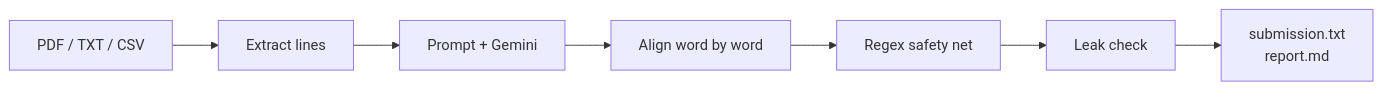
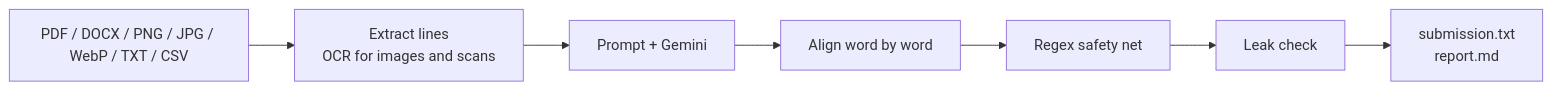
One commit to Pedrom2002/nos-gen-ai-hackathon changed the diagram in submission/PROJECT.md. Above: the diagram before and after it, drawn with Mermaid. The commit also changed other lines of this file and 11 other files, not shown here.

First line of the commit message:
feat: redacted file despite unread OCR lines; WebP and formats listed everywhere

````diff
--- a/submission/PROJECT.md
+++ b/submission/PROJECT.md
@@ -43,9 +43,9 @@
 ```mermaid
 flowchart LR
-    A[PDF / TXT / CSV] --> B[Extract lines]
+    A[PDF / DOCX / PNG / JPG / WebP / TXT / CSV] --> B[Extract lines<br/>OCR for images and scans]
     B --> C[Prompt + Gemini]
     C --> D[Align word by word]
     D --> E[Regex safety net]
     E --> F[Leak check]
     F --> G[submission.txt<br/>report.md]
 ```
````
